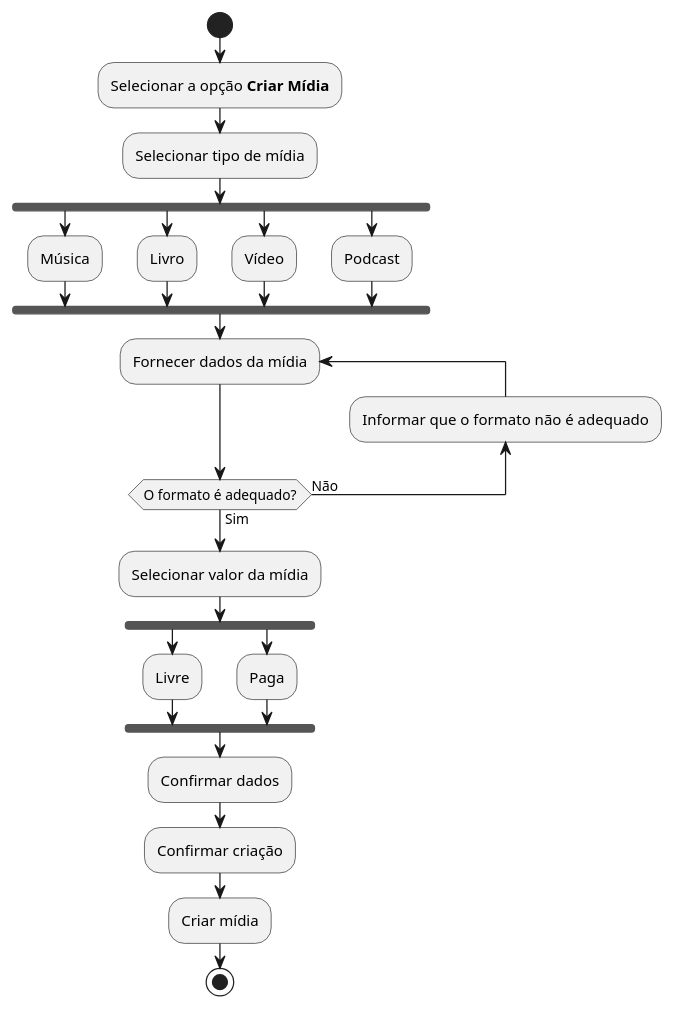
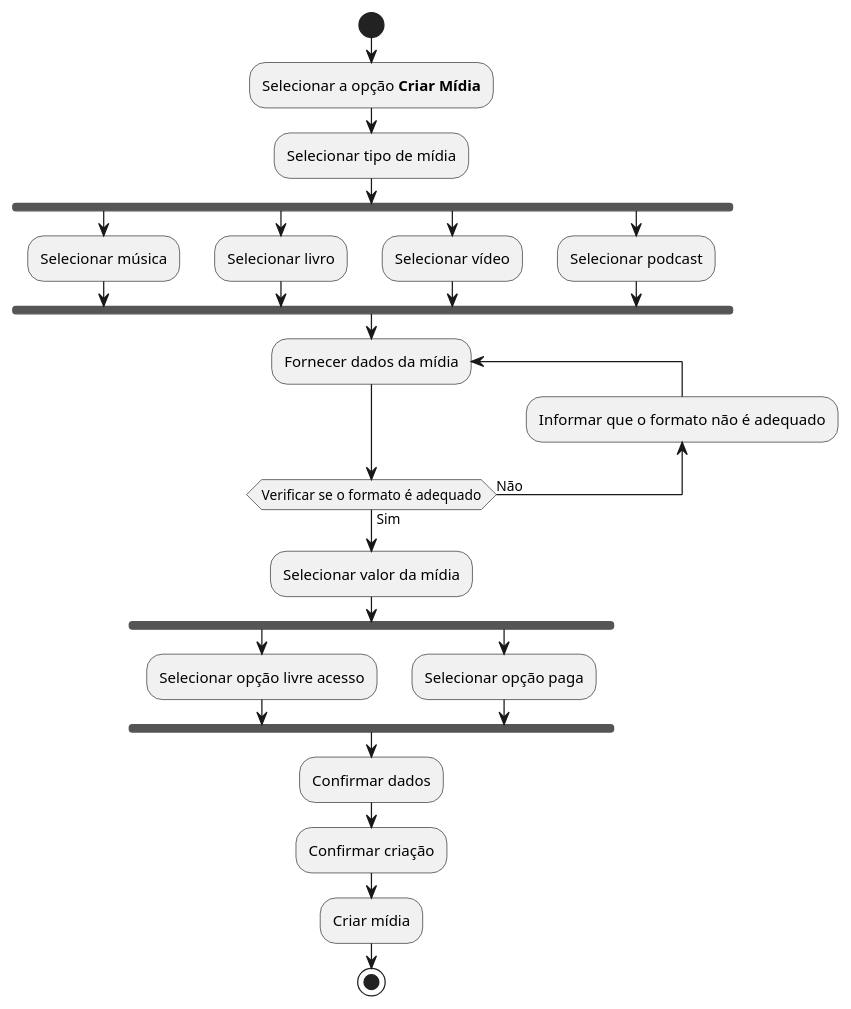
The diagram in activity-diagrams/criar-midia.iuml (arielazzi/desenvolvimento-de-software-I), drawn with PlantUML before and after one commit. The commit also changed 4 other files, not shown here.

Commit message:
activity-diagrams

```diff
--- a/activity-diagrams/criar-midia.iuml
+++ b/activity-diagrams/criar-midia.iuml
@@ -1,29 +1,29 @@
 @startuml criar-midia
 
 start
 :Selecionar a opção **Criar Mídia**;
 :Selecionar tipo de mídia;
 fork
-    :Música;
+    :Selecionar música;
 fork again
-    :Livro;
+    :Selecionar livro;
 fork again
-    :Vídeo;
+    :Selecionar vídeo;
 fork again
-    :Podcast;
+    :Selecionar podcast;
 end fork
 repeat :Fornecer dados da mídia;
 backward :Informar que o formato não é adequado;
-repeat while (O formato é adequado?) is (Não) not (Sim)
+repeat while (Verificar se o formato é adequado) is (Não) not (Sim)
 :Selecionar valor da mídia;
 fork
-    :Livre;
+    :Selecionar opção livre acesso;
 fork again
-    :Paga;
+    :Selecionar opção paga;
 end fork
 :Confirmar dados;
 :Confirmar criação;
 :Criar mídia;
 stop
 
 @enduml
```
